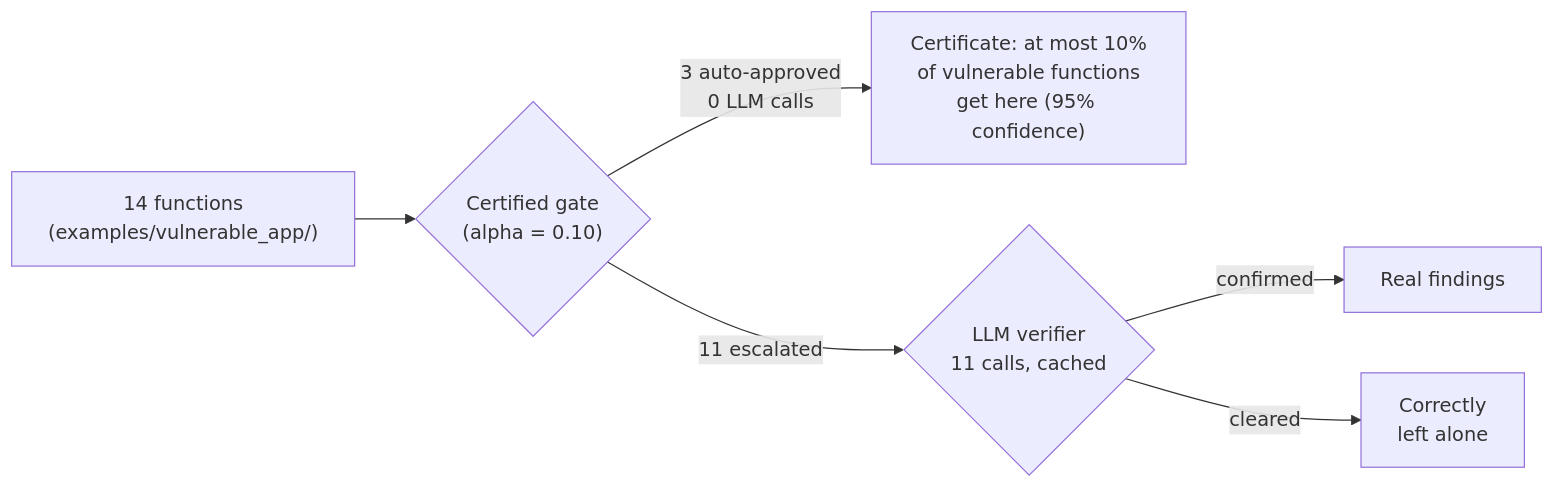
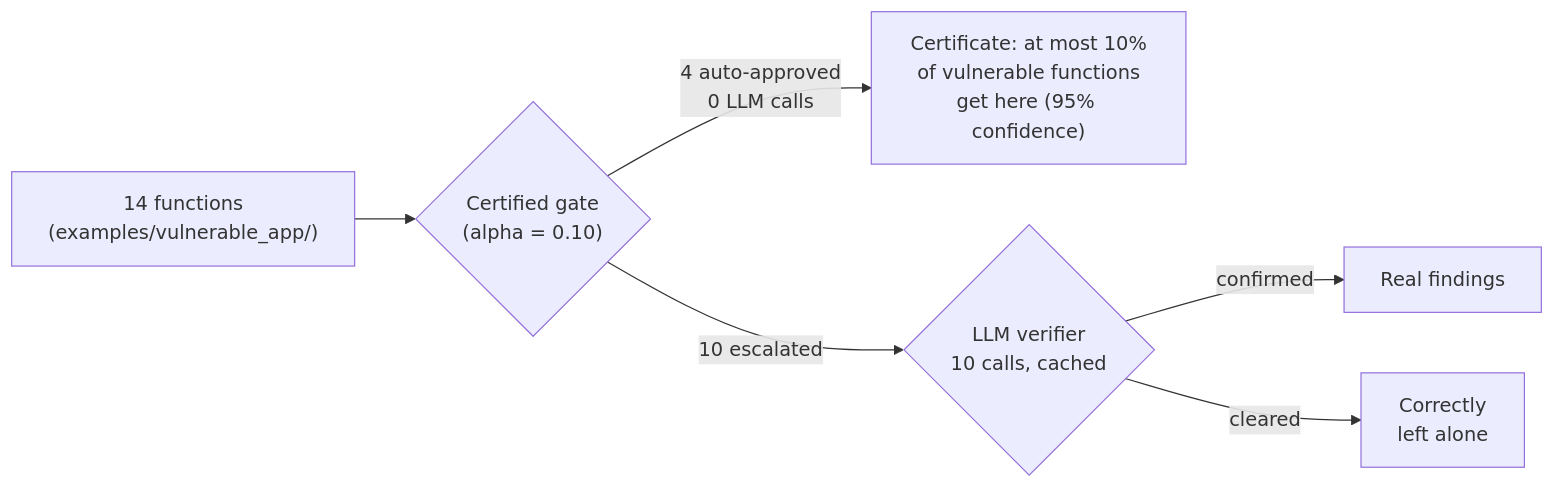
One commit to ad1tya-wq/codegate-scanner changed the diagram in docs/DESIGN_RATIONALE.md. Above: the diagram before and after it, drawn with Mermaid. The commit also changed other lines of this file and 9 other files, not shown here.

````diff
--- a/docs/DESIGN_RATIONALE.md
+++ b/docs/DESIGN_RATIONALE.md
@@ -351,8 +351,8 @@
 ```mermaid
 flowchart LR
     A["14 functions\n(examples/vulnerable_app/)"] --> B{"Certified gate\n(alpha = 0.10)"}
-    B -->|"3 auto-approved\n0 LLM calls"| C["Certificate: at most 10%\nof vulnerable functions\nget here (95% confidence)"]
-    B -->|"11 escalated"| D{"LLM verifier\n11 calls, cached"}
+    B -->|"4 auto-approved\n0 LLM calls"| C["Certificate: at most 10%\nof vulnerable functions\nget here (95% confidence)"]
+    B -->|"10 escalated"| D{"LLM verifier\n10 calls, cached"}
     D -->|"confirmed"| E["Real findings"]
     D -->|"cleared"| F["Correctly\nleft alone"]
 ```
````
